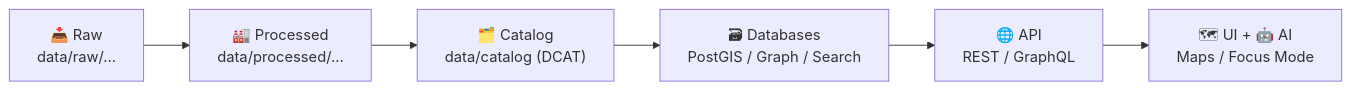
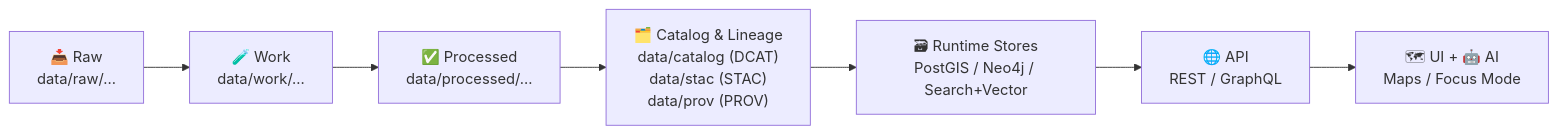
One commit to bartytime4life/Kansas-Frontier-Matrix changed the diagram in data/catalog/README.md. Above: the diagram before and after it, drawn with Mermaid. The commit also changed other lines of this file, not shown here.

First line of the commit message:
Revise README for dataset catalog clarity

````diff
--- a/data/catalog/README.md
+++ b/data/catalog/README.md
@@ -30,8 +33,9 @@
 ```mermaid
 flowchart LR
-  A["📥 Raw<br/>data/raw/..."] --> B["🏭 Processed<br/>data/processed/..."]
-  B --> C["🗂️ Catalog<br/>data/catalog (DCAT)"]
-  C --> D["🗃 Databases<br/>PostGIS / Graph / Search"]
-  D --> E["🌐 API<br/>REST / GraphQL"]
-  E --> F["🗺 UI + 🤖 AI<br/>Maps / Focus Mode"]
+  A["📥 Raw<br/>data/raw/..."] --> B["🧪 Work<br/>data/work/..."]
+  B --> C["✅ Processed<br/>data/processed/..."]
+  C --> D["🗂️ Catalog & Lineage<br/>data/catalog (DCAT)<br/>data/stac (STAC)<br/>data/prov (PROV)"]
+  D --> E["🗃 Runtime Stores<br/>PostGIS / Neo4j / Search+Vector"]
+  E --> F["🌐 API<br/>REST / GraphQL"]
+  F --> G["🗺 UI + 🤖 AI<br/>Maps / Focus Mode"]
 ```
````
